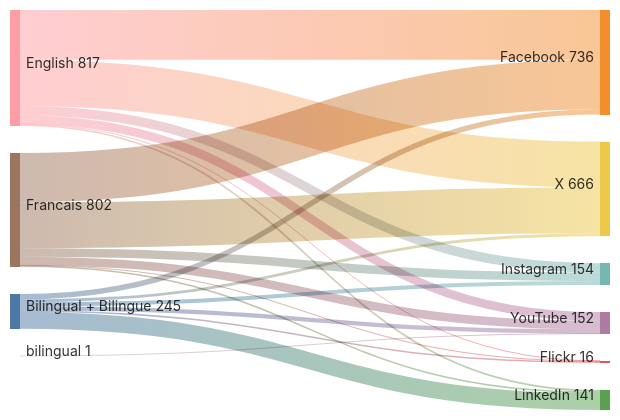
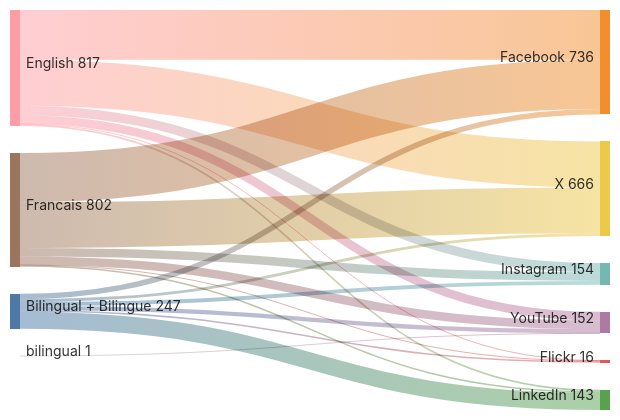
One commit to PatLittle/GC-Socials changed the diagram in sankey_diagram.md. Above: the diagram before and after it, drawn with Mermaid.

Commit message:
Update Sankey diagram for the most recent day

````diff
--- a/sankey_diagram.md
+++ b/sankey_diagram.md
@@ -1,22 +1,22 @@
 ```mermaid
 sankey-beta
   Bilingual + Bilingue,Facebook,38
   Bilingual + Bilingue,Flickr,11
   Bilingual + Bilingue,Instagram,28
-  Bilingual + Bilingue,LinkedIn,118
+  Bilingual + Bilingue,LinkedIn,120
   Bilingual + Bilingue,X,20
   Bilingual + Bilingue,YouTube,30
   English,Facebook,351
   English,Flickr,3
   English,Instagram,66
   English,LinkedIn,12
   English,X,324
   English,YouTube,61
   Francais,Facebook,347
   Francais,Flickr,2
   Francais,Instagram,60
   Francais,LinkedIn,11
   Francais,X,322
   Francais,YouTube,60
   bilingual,YouTube,1
 ```
````
